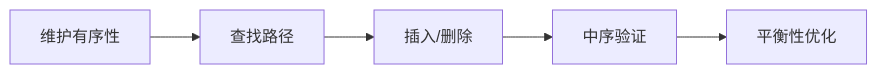
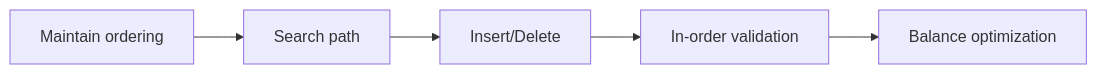
Before and after one commit to HONGLEI111/hhlblog-global: the diagram in src/content/technology/binary-search-tree.md, drawn with Mermaid. The commit also changed 33 other files, not shown here.

First line of the commit message:
content(code): 翻译 mermaid 图节点标签（34 文件 / 267 处）

````diff
--- a/src/content/technology/binary-search-tree.md
+++ b/src/content/technology/binary-search-tree.md
@@ -226,7 +226,7 @@
 ```mermaid
 graph LR
-    A[维护有序性] --> B[查找路径]
-    B --> C[插入/删除]
-    C --> D[中序验证]
-    D --> E[平衡性优化]
+    A[Maintain ordering] --> B[Search path]
+    B --> C[Insert/Delete]
+    C --> D[In-order validation]
+    D --> E[Balance optimization]
 ```
````
